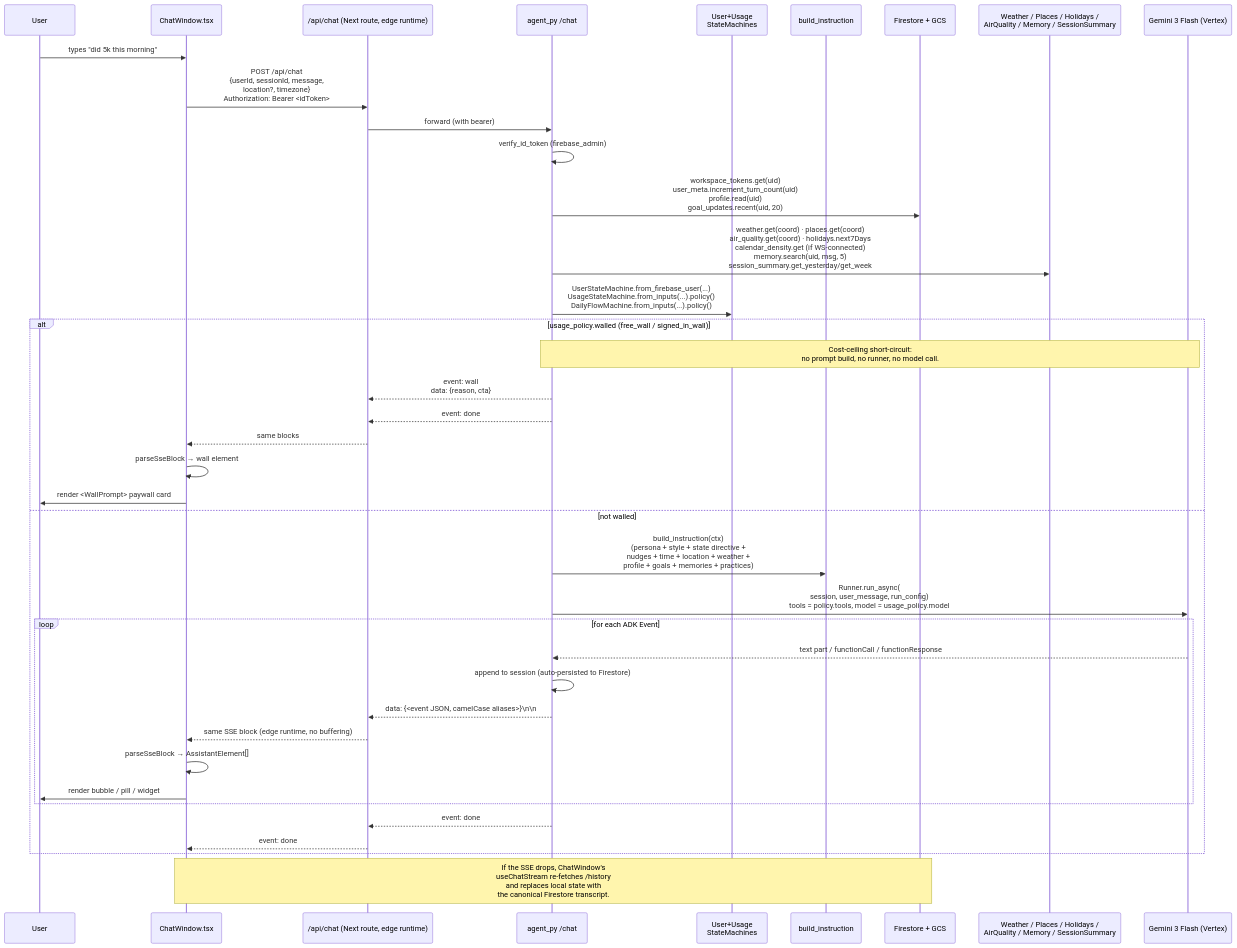
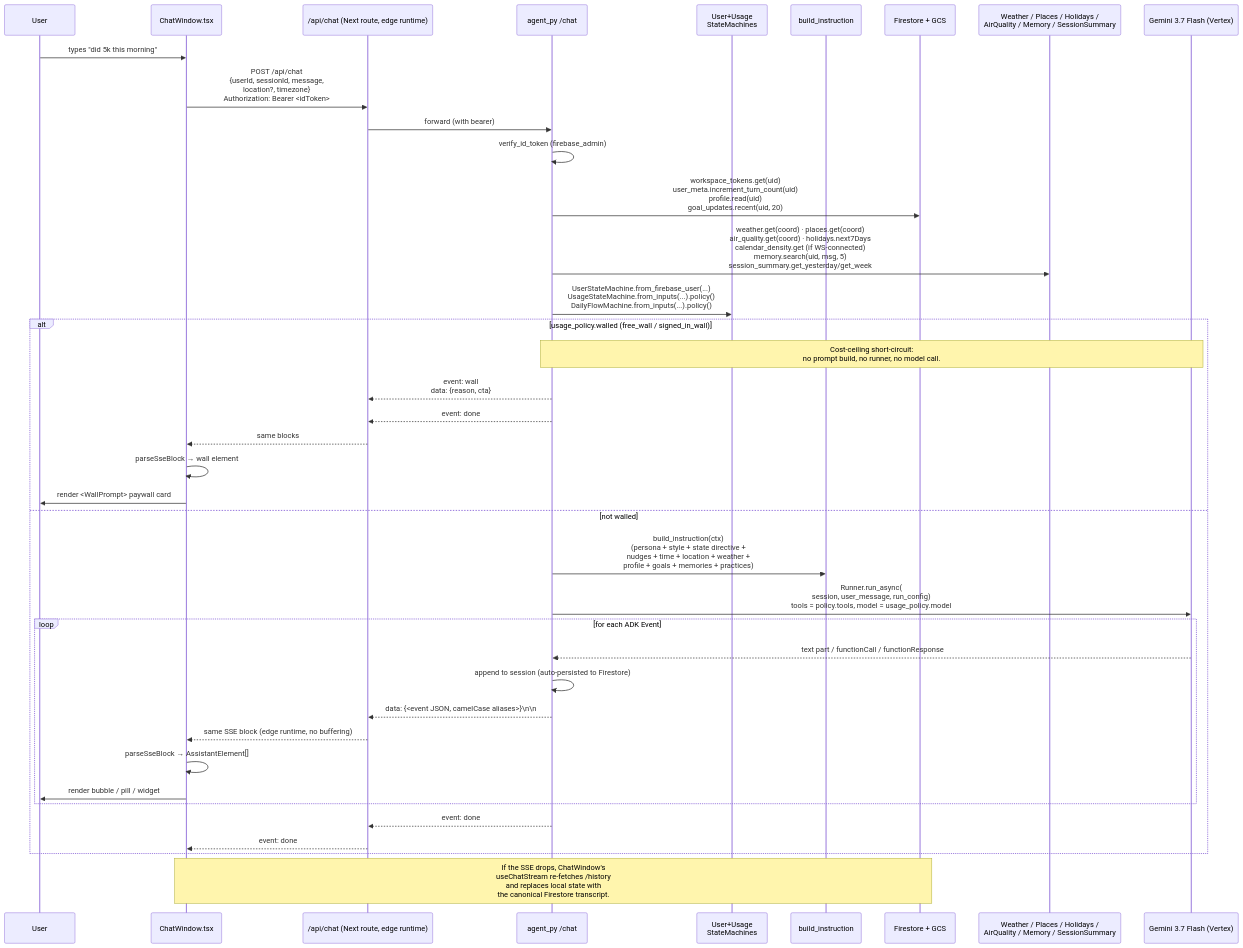
The second of 3 diagrams in ARCHITECTURE.md (timini/lifecoach), drawn with Mermaid before and after one commit. The commit also changed other lines of this file and 11 other files, not shown here.

Commit message:
upgrade Gemini Flash models (#209)

````diff
--- a/ARCHITECTURE.md
+++ b/ARCHITECTURE.md
@@ -130,47 +130,47 @@
 ```mermaid
 sequenceDiagram
     participant U as User
     participant CW as ChatWindow.tsx
     participant API as /api/chat (Next route, edge runtime)
     participant AG as agent_py /chat
     participant SM as User+Usage<br/>StateMachines
     participant BI as build_instruction
     participant Stores as Firestore + GCS
     participant Ctx as Weather / Places / Holidays /<br/>AirQuality / Memory / SessionSummary
-    participant LLM as Gemini 3 Flash (Vertex)
+    participant LLM as Gemini 3.7 Flash (Vertex)
 
     U->>CW: types "did 5k this morning"
     CW->>API: POST /api/chat<br/>{userId, sessionId, message,<br/>location?, timezone}<br/>Authorization: Bearer <idToken>
     API->>AG: forward (with bearer)
 
     AG->>AG: verify_id_token (firebase_admin)
     AG->>Stores: workspace_tokens.get(uid)<br/>user_meta.increment_turn_count(uid)<br/>profile.read(uid)<br/>goal_updates.recent(uid, 20)
     AG->>Ctx: weather.get(coord) · places.get(coord)<br/>air_quality.get(coord) · holidays.next7Days<br/>calendar_density.get (if WS-connected)<br/>memory.search(uid, msg, 5)<br/>session_summary.get_yesterday/get_week
     AG->>SM: UserStateMachine.from_firebase_user(...)<br/>UsageStateMachine.from_inputs(...).policy()<br/>DailyFlowMachine.from_inputs(...).policy()
 
     alt usage_policy.walled (free_wall / signed_in_wall)
         Note over AG,LLM: Cost-ceiling short-circuit:<br/>no prompt build, no runner, no model call.
         AG-->>API: event: wall<br/>data: {reason, cta}
         AG-->>API: event: done
         API-->>CW: same blocks
         CW->>CW: parseSseBlock → wall element
         CW->>U: render <WallPrompt> paywall card
     else not walled
         AG->>BI: build_instruction(ctx)<br/>(persona + style + state directive +<br/>nudges + time + location + weather +<br/>profile + goals + memories + practices)
         AG->>LLM: Runner.run_async(<br/>session, user_message, run_config)<br/>tools = policy.tools, model = usage_policy.model
 
         loop for each ADK Event
             LLM-->>AG: text part / functionCall / functionResponse
             AG->>AG: append to session (auto-persisted to Firestore)
             AG-->>API: data: {<event JSON, camelCase aliases>}\n\n
             API-->>CW: same SSE block (edge runtime, no buffering)
             CW->>CW: parseSseBlock → AssistantElement[]
             CW->>U: render bubble / pill / widget
         end
 
         AG-->>API: event: done
         API-->>CW: event: done
     end
 
     Note over CW,Stores: If the SSE drops, ChatWindow's<br/>useChatStream re-fetches /history<br/>and replaces local state with<br/>the canonical Firestore transcript.
 ```
````
